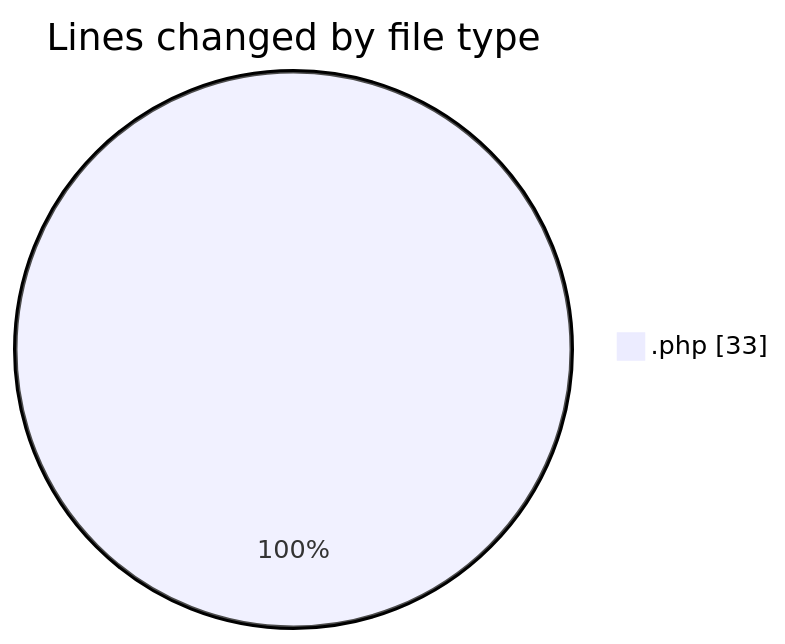
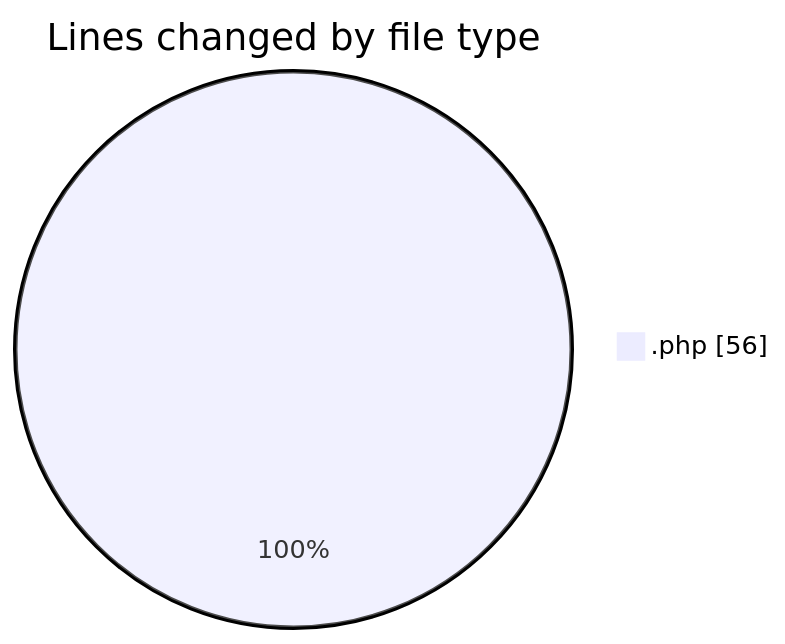
Before and after one commit to LanceThiago/code-tracking: the first of 2 diagrams in 2025-07-01/web/README.md, drawn with Mermaid. The commit also changed other lines of this file and 1 other file, not shown here.

````diff
--- a/2025-07-01/web/README.md
+++ b/2025-07-01/web/README.md
@@ -20,5 +20,5 @@
 ```mermaid
 pie showData
 title Lines changed by file type
-".php" : 33
+".php" : 56
 ```
````
